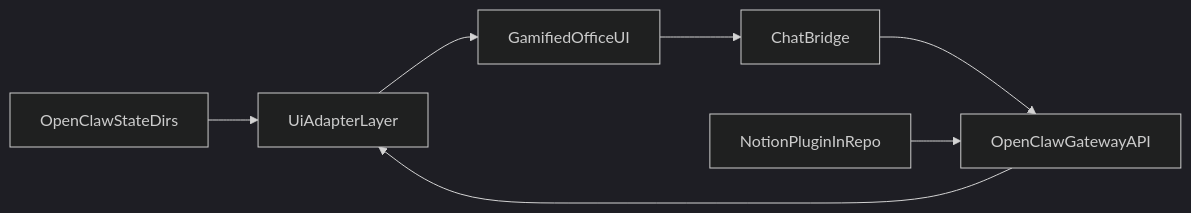
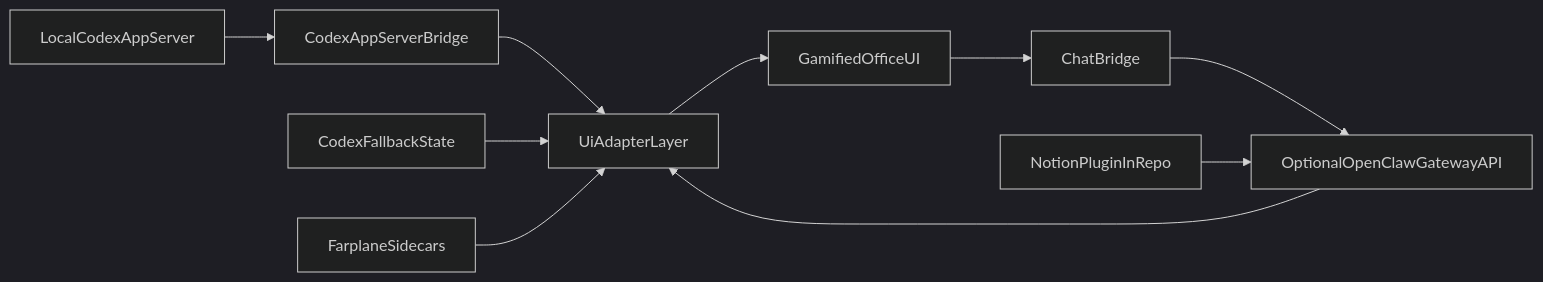
Before and after one commit to ZanarkandTechnologies/Farplane-UI: the first of 2 diagrams in docs/public-docs/architecture.md, drawn with Mermaid (dark theme). The commit also changed other lines of this file and 161 other files, not shown here.

````diff
--- a/docs/public-docs/architecture.md
+++ b/docs/public-docs/architecture.md
@@ -18,9 +18,12 @@
 ```mermaid
 flowchart LR
-  openclawState[OpenClawStateDirs] --> adapterLayer[UiAdapterLayer]
-  openclawGateway[OpenClawGatewayAPI] --> adapterLayer
+  codexAppServer[LocalCodexAppServer] --> codexBridge[CodexAppServerBridge]
+  codexBridge --> adapterLayer[UiAdapterLayer]
+  codexState[CodexFallbackState] --> adapterLayer
+  farplaneSidecars[FarplaneSidecars] --> adapterLayer
+  openclawGateway[OptionalOpenClawGatewayAPI] --> adapterLayer
   adapterLayer --> officeUi[GamifiedOfficeUI]
   officeUi --> chatBridge[ChatBridge]
   chatBridge --> openclawGateway
   notionPlugin[NotionPluginInRepo] --> openclawGateway
 ```
````
